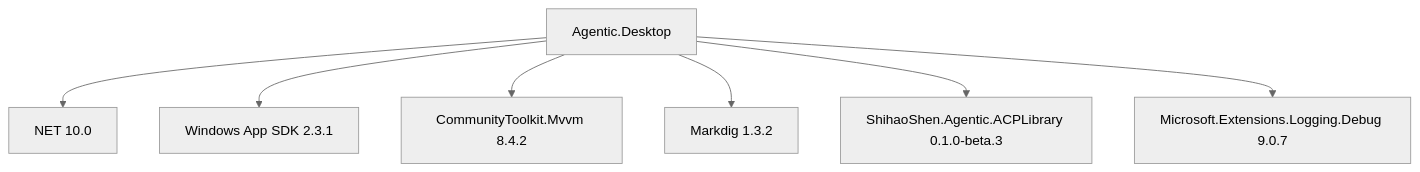
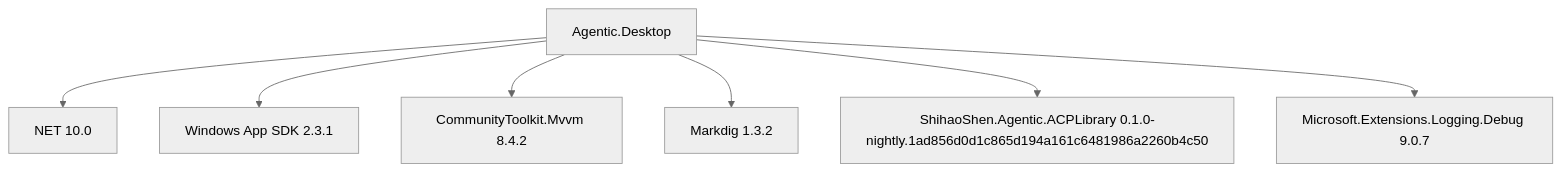
The eighth of 8 diagrams in .qoder/repowiki/en/content/Project Overview.md (AgenticDesktop/App), drawn with Mermaid (neutral theme) before and after one commit. The commit also changed other lines of this file and 108 other files, not shown here.

````diff
--- a/.qoder/repowiki/en/content/Project Overview.md
+++ b/.qoder/repowiki/en/content/Project Overview.md
@@ -360,16 +404,16 @@
 ```mermaid
 graph TB
 App["Agentic.Desktop"]
 Net["NET 10.0"]
 WinAppSDK["Windows App SDK 2.3.1"]
 MVVM["CommunityToolkit.Mvvm 8.4.2"]
 Markdig["Markdig 1.3.2"]
-ACP["ShihaoShen.Agentic.ACPLibrary 0.1.0-beta.3"]
+ACP["ShihaoShen.Agentic.ACPLibrary 0.1.0-nightly.1ad856d0d1c865d194a161c6481986a2260b4c50"]
 Logging["Microsoft.Extensions.Logging.Debug 9.0.7"]
 App --> Net
 App --> WinAppSDK
 App --> MVVM
 App --> Markdig
 App --> ACP
 App --> Logging
 ```
````
